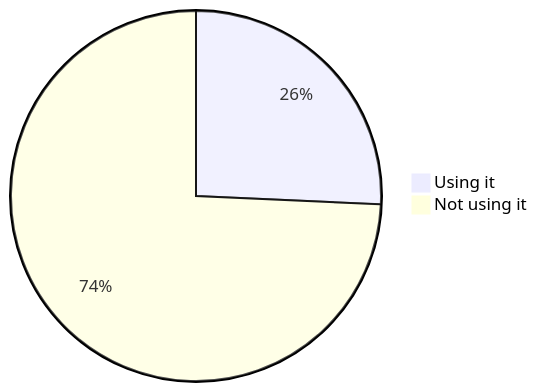
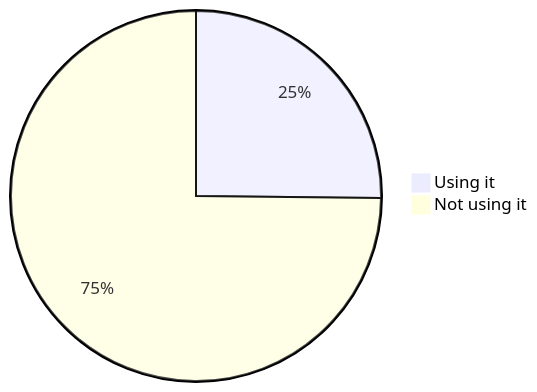
Before and after one commit to oshp/oshp-stats: the ninth of 22 diagrams in stats.md, drawn with Mermaid. The commit also changed other lines of this file, not shown here.

````diff
--- a/stats.md
+++ b/stats.md
@@ -106,6 +106,6 @@
 ```mermaid
 pie
-	"Using it" : 25.72
-	"Not using it" : 74.28
+	"Using it" : 25.18
+	"Not using it" : 74.82
 
 ```
````
